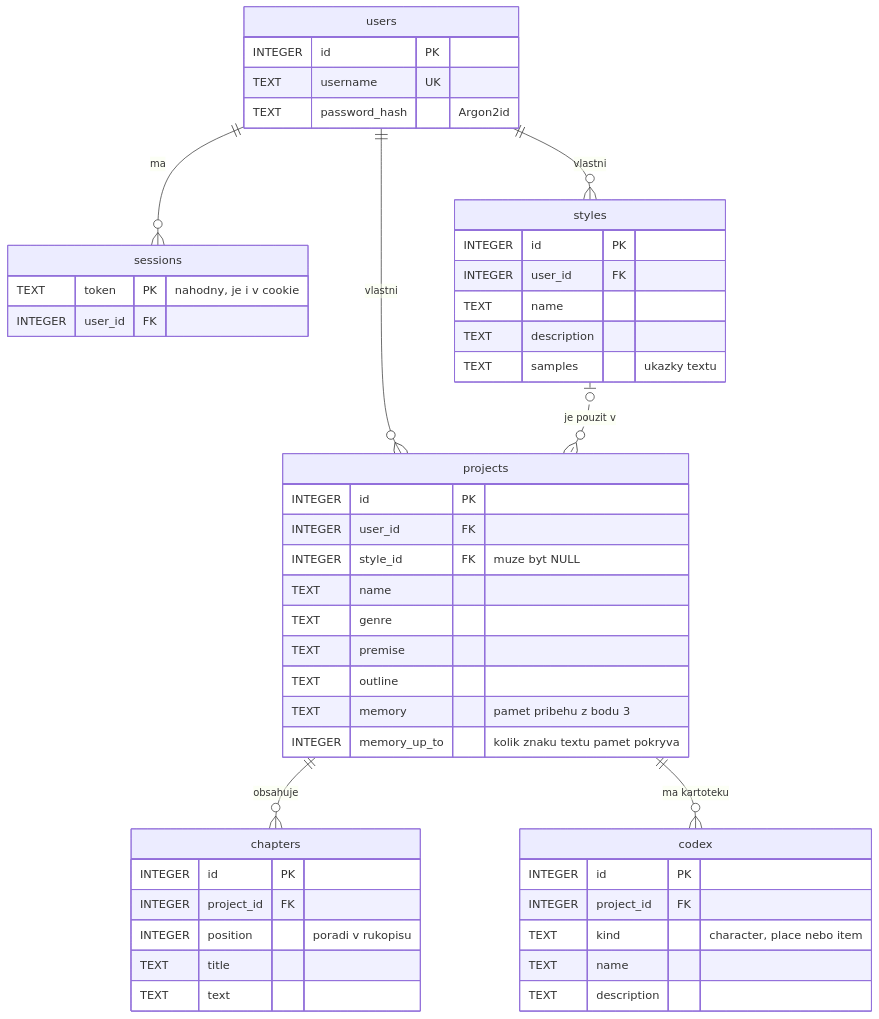
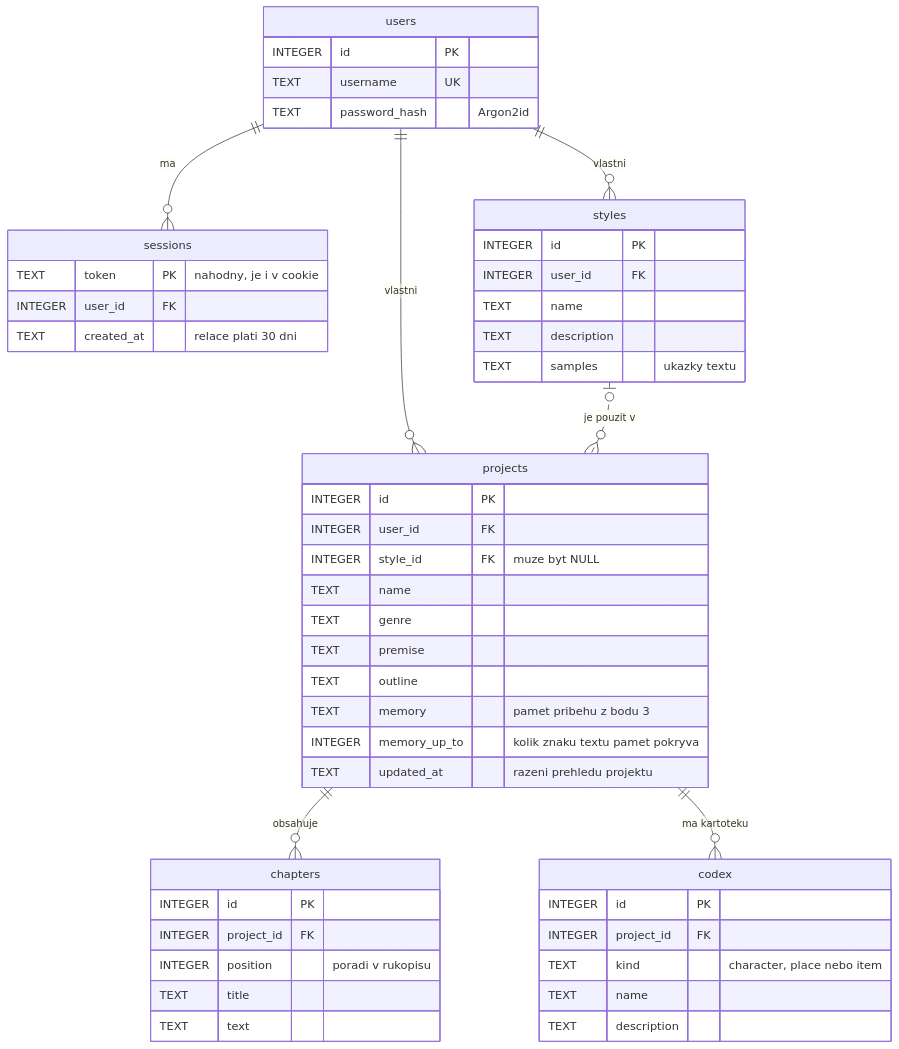
One commit to afrox26TP/DPMP2026-27-Fabula changed the second of 2 diagrams in docs/02-navrh-architektury.md. Above: the diagram before and after it, drawn with Mermaid. The commit also changed other lines of this file and 6 other files, not shown here.

````diff
--- a/docs/02-navrh-architektury.md
+++ b/docs/02-navrh-architektury.md
@@ -33,51 +33,53 @@
 ```mermaid
 erDiagram
     users ||--o{ sessions : "ma"
     users ||--o{ projects : "vlastni"
     users ||--o{ styles : "vlastni"
     styles |o..o{ projects : "je pouzit v"
     projects ||--o{ chapters : "obsahuje"
     projects ||--o{ codex : "ma kartoteku"
 
     users {
         INTEGER id PK
         TEXT username UK
         TEXT password_hash "Argon2id"
     }
     sessions {
         TEXT token PK "nahodny, je i v cookie"
         INTEGER user_id FK
+        TEXT created_at "relace plati 30 dni"
     }
     projects {
         INTEGER id PK
         INTEGER user_id FK
         INTEGER style_id FK "muze byt NULL"
         TEXT name
         TEXT genre
         TEXT premise
         TEXT outline
         TEXT memory "pamet pribehu z bodu 3"
         INTEGER memory_up_to "kolik znaku textu pamet pokryva"
+        TEXT updated_at "razeni prehledu projektu"
     }
     chapters {
         INTEGER id PK
         INTEGER project_id FK
         INTEGER position "poradi v rukopisu"
         TEXT title
         TEXT text
     }
     styles {
         INTEGER id PK
         INTEGER user_id FK
         TEXT name
         TEXT description
         TEXT samples "ukazky textu"
     }
     codex {
         INTEGER id PK
         INTEGER project_id FK
         TEXT kind "character, place nebo item"
         TEXT name
         TEXT description
     }
 ```
````
